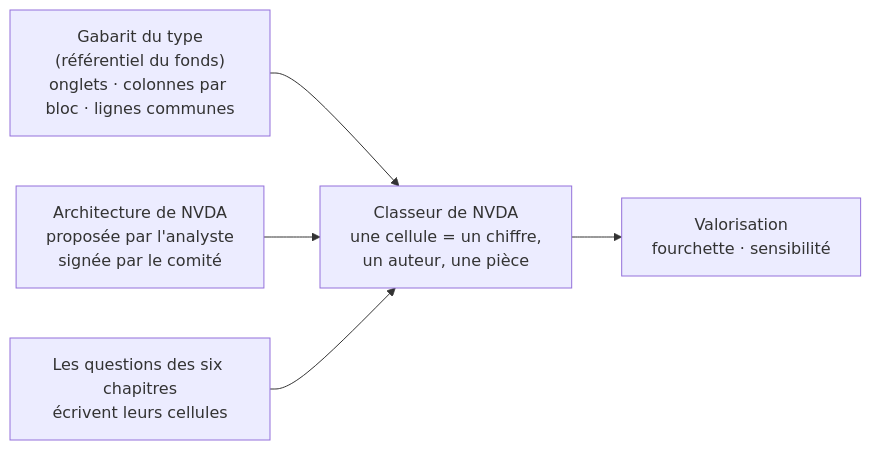
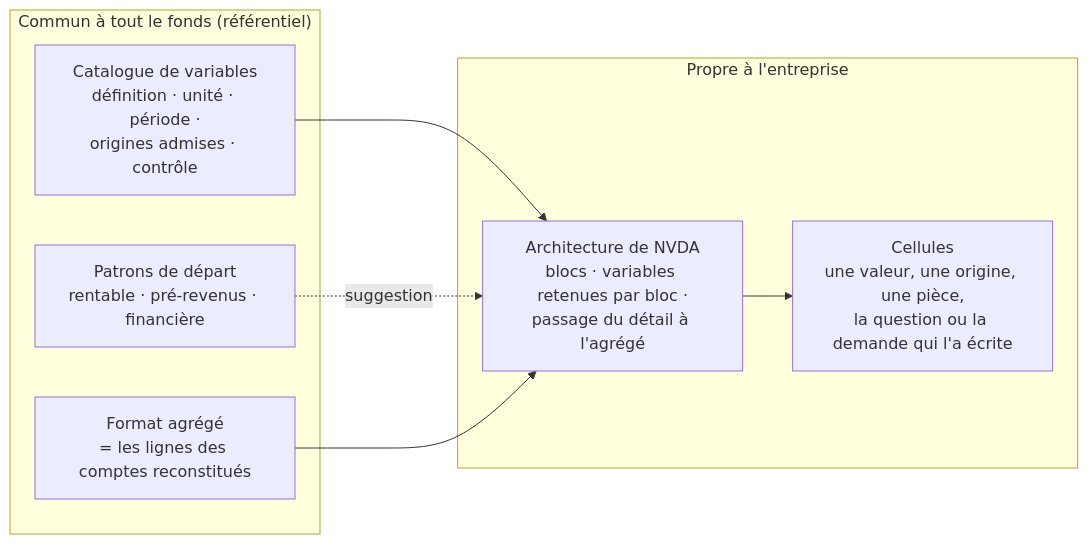
The first of 3 diagrams in projects/portfolio-tracker/roadmap/V3/09-modele-entreprise.md (jeanlangloismeurinne/ai-vps-projects), drawn with Mermaid before and after one commit. The commit also changed other lines of this file and 1 other file, not shown here.

````diff
--- a/projects/portfolio-tracker/roadmap/V3/09-modele-entreprise.md
+++ b/projects/portfolio-tracker/roadmap/V3/09-modele-entreprise.md
@@ -54,10 +56,16 @@
 ```mermaid
 flowchart LR
-  G["Gabarit du type<br/>(référentiel du fonds)<br/>onglets · colonnes par bloc · lignes communes"]
-  A["Architecture de NVDA<br/>proposée par l'analyste<br/>signée par le comité"]
-  C["Classeur de NVDA<br/>une cellule = un chiffre,<br/>un auteur, une pièce"]
-  G --> C
-  A --> C
-  Q["Les questions des six chapitres<br/>écrivent leurs cellules"] --> C
-  C --> V["Valorisation<br/>fourchette · sensibilité"]
+  subgraph FONDS["Commun à tout le fonds (référentiel)"]
+    CAT["Catalogue de variables<br/>définition · unité · période ·<br/>origines admises · contrôle"]
+    PAT["Patrons de départ<br/>rentable · pré-revenus · financière"]
+    AGR["Format agrégé<br/>= les lignes des comptes reconstitués"]
+  end
+  subgraph TITRE["Propre à l'entreprise"]
+    ARC["Architecture de NVDA<br/>blocs · variables retenues par bloc ·<br/>passage du détail à l'agrégé"]
+    CEL["Cellules<br/>une valeur, une origine, une pièce,<br/>la question ou la demande qui l'a écrite"]
+  end
+  CAT --> ARC
+  PAT -. suggestion .-> ARC
+  AGR --> ARC
+  ARC --> CEL
 ```
````
